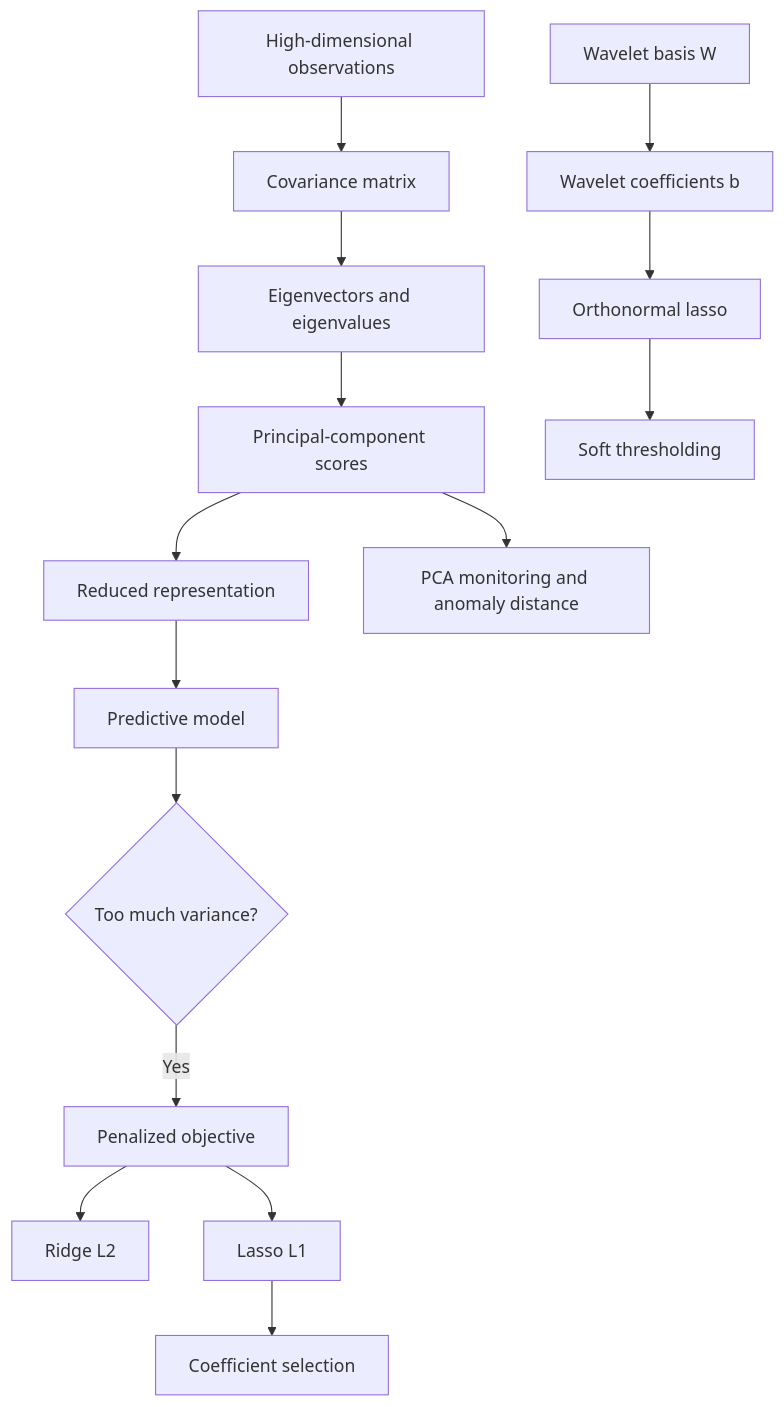
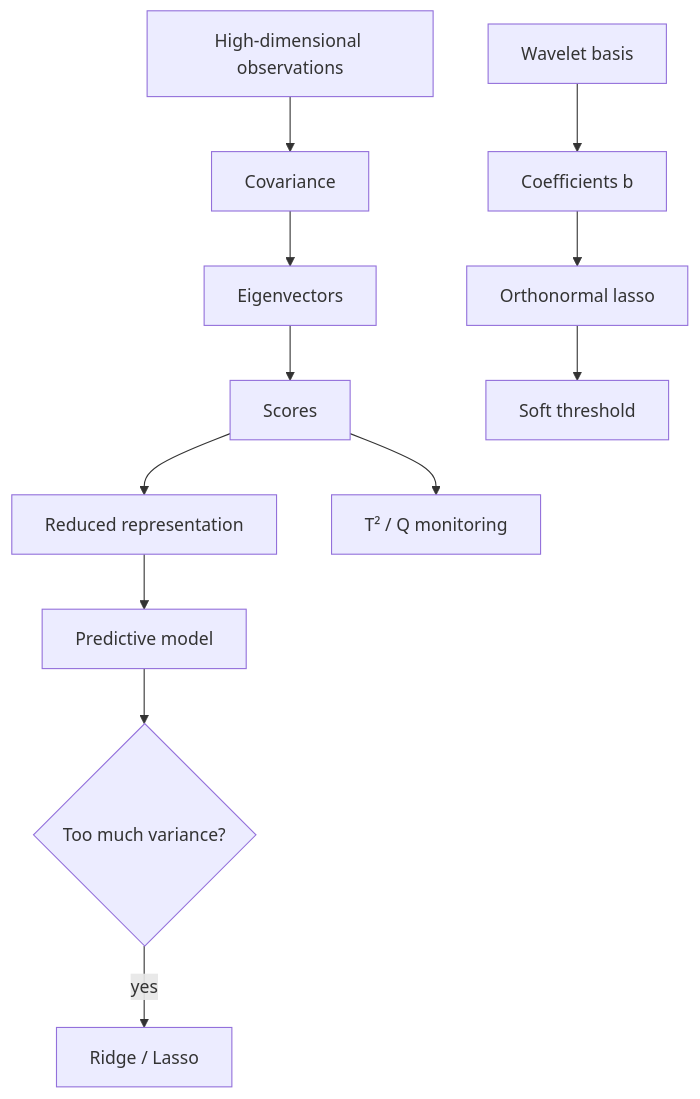
One commit to hhsieh14/AI-courses-notes-reader changed the diagram in courses/modern-temporal-learning/notes/05_pca_and_regularization.md. Above: the diagram before and after it, drawn with Mermaid. The commit also changed other lines of this file and 20 other files, not shown here.

````diff
--- a/courses/modern-temporal-learning/notes/05_pca_and_regularization.md
+++ b/courses/modern-temporal-learning/notes/05_pca_and_regularization.md
@@ -1354,19 +199,9 @@
 ```mermaid
 flowchart TD
-    A[High-dimensional observations] --> B[Covariance matrix]
-    B --> C[Eigenvectors and eigenvalues]
-    C --> D[Principal-component scores]
-    D --> E[Reduced representation]
-    D --> F[PCA monitoring and anomaly distance]
-
-    E --> G[Predictive model]
-    G --> H{Too much variance?}
-    H -- Yes --> I[Penalized objective]
-    I --> J[Ridge L2]
-    I --> K[Lasso L1]
-    K --> L[Coefficient selection]
-
-    A2[Wavelet basis W] --> M[Wavelet coefficients b]
-    M --> N[Orthonormal lasso]
-    N --> O[Soft thresholding]
+    A[High-dimensional observations] --> B[Covariance] --> C[Eigenvectors]
+    C --> D[Scores] --> E[Reduced representation]
+    D --> F[T² / Q monitoring]
+    E --> G[Predictive model] --> H{Too much variance?}
+    H -- yes --> I[Ridge / Lasso]
+    W[Wavelet basis] --> K[Coefficients b] --> L[Orthonormal lasso] --> M[Soft threshold]
 ```
````
